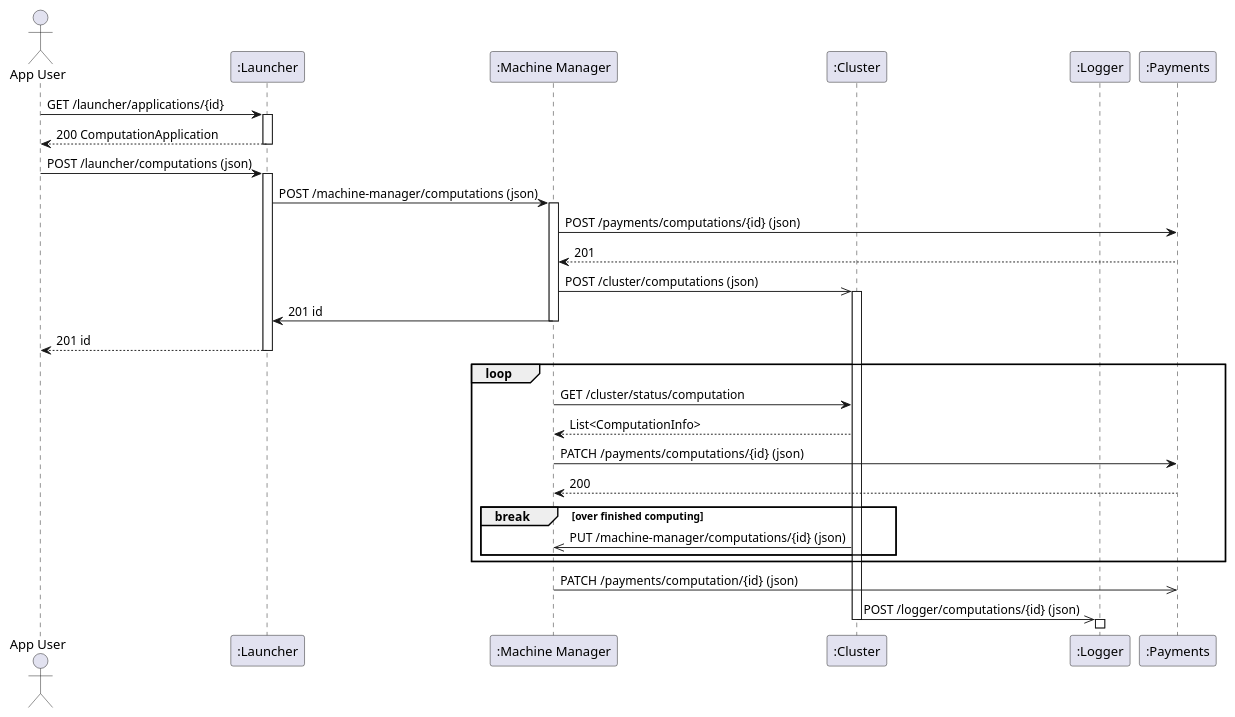
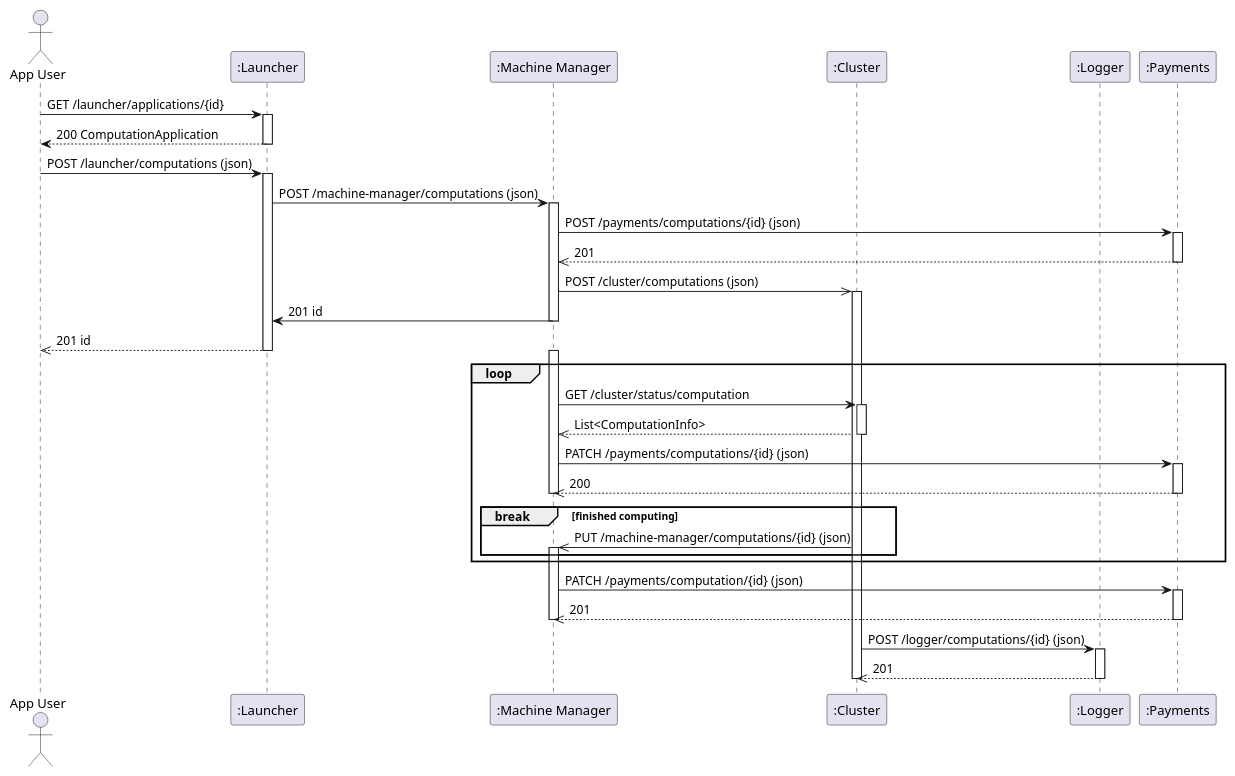
The diagram in sequences/activateApp/activateApp.puml (cetlinB/docs), drawn with PlantUML before and after one commit. The commit also changed 1 other file, not shown here.

Commit message:
Enhance activateApp diagram

```diff
--- a/sequences/activateApp/activateApp.puml
+++ b/sequences/activateApp/activateApp.puml
@@ -1,50 +1,68 @@
 @startuml
 
 actor "App User" as AU
 participant ":Launcher" as CLa
 participant ":Machine Manager" as CM
 participant ":Cluster" as CC
 participant ":Logger" as CLo
 participant ":Payments" as CP
 
 AU -> CLa : GET /launcher/applications/{id}
 activate CLa
 CLa --> AU : 200 ComputationApplication
 deactivate CLa
 
 AU -> CLa : POST /launcher/computations (json)
 activate CLa
 CLa -> CM : POST /machine-manager/computations (json)
 activate CM
 
 CM -> CP : POST /payments/computations/{id} (json)
-CP --> CM : 201
+activate CP
+CP -->> CM : 201
+deactivate CP
 
 CM ->> CC : POST /cluster/computations (json)
 activate CC
 
 CM -> CLa : 201 id
 deactivate CM
-CLa --> AU : 201 id
+
+CLa -->> AU : 201 id
 deactivate CLa
 
 loop
 
+activate CM
 CM -> CC : GET /cluster/status/computation
-CC --> CM : List<ComputationInfo>
+activate CC
+CC -->> CM : List<ComputationInfo>
+deactivate CC
 
 CM -> CP : PATCH /payments/computations/{id} (json)
-CP --> CM : 200
+activate CP
+CP -->> CM : 200
+deactivate CP
 
-break over finished computing
+deactivate CM
+
+break finished computing
 CC ->> CM : PUT /machine-manager/computations/{id} (json)
+activate CM
+
 end break
 end loop
 
-CM ->> CP : PATCH /payments/computation/{id} (json)
-CC ->> CLo : POST /logger/computations/{id} (json)
+CM -> CP : PATCH /payments/computation/{id} (json)
+activate CP
+CP -->> CM : 201
+deactivate CP
+deactivate CM
+
+CC -> CLo : POST /logger/computations/{id} (json)
+activate CLo
+CLo -->> CC : 201
+deactivate CLo
 deactivate CC
-activate CLo
-deactivate CLo
 
 @enduml
```
